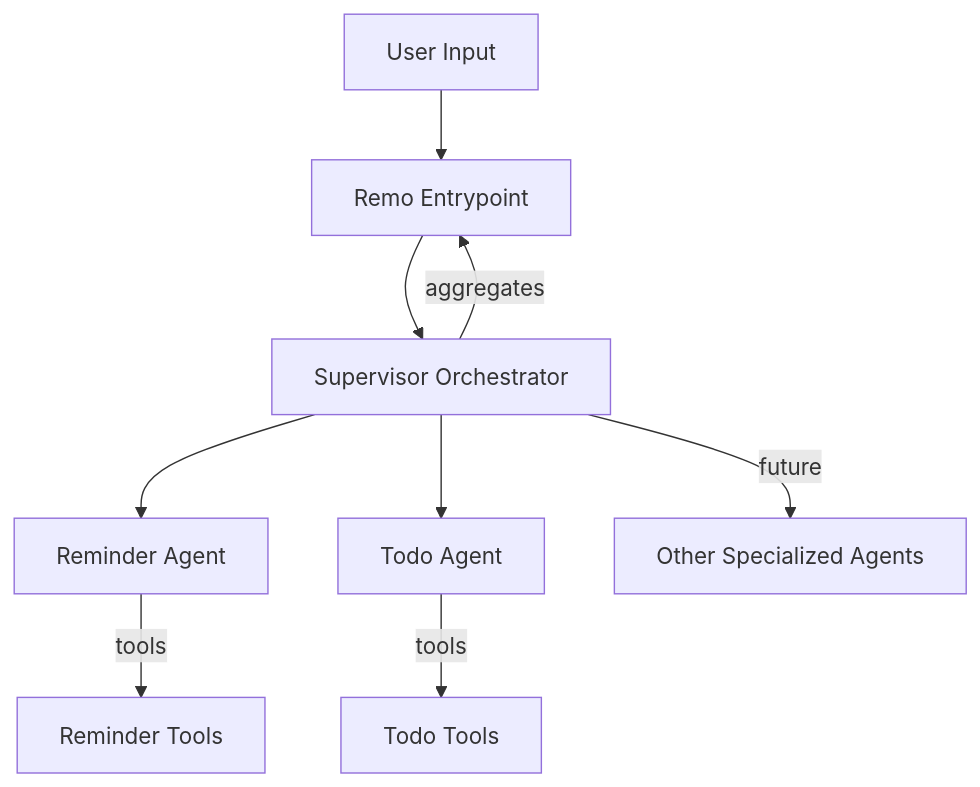
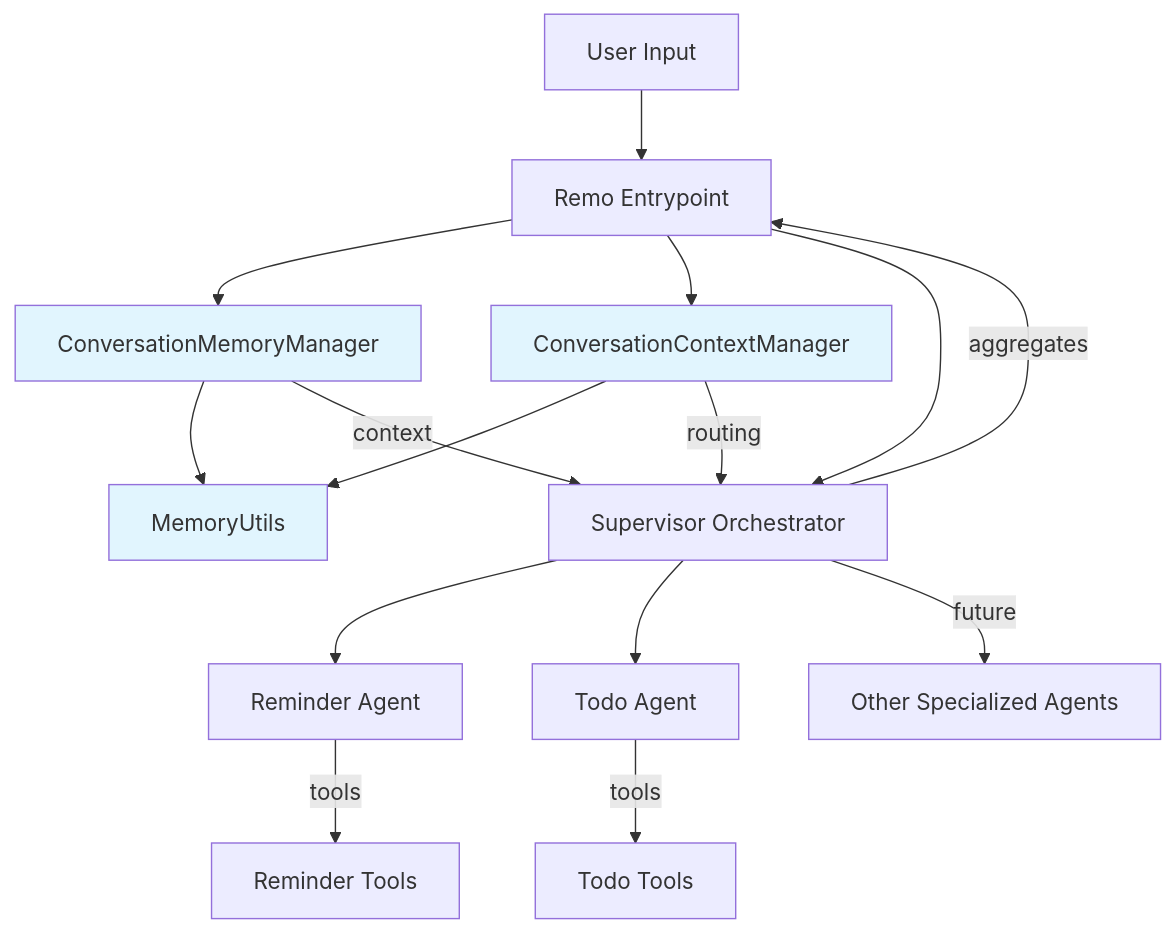
Before and after one commit to RemoAI-LLC/REMO-SERVER: the diagram in Developer guides/architecture_overview.md, drawn with Mermaid. The commit also changed other lines of this file and 24 other files, not shown here.

````diff
--- a/Developer guides/architecture_overview.md
+++ b/Developer guides/architecture_overview.md
@@ -28,11 +53,26 @@
 ```mermaid
 graph TD
     User["User Input"] --> Remo["Remo Entrypoint"]
+    Remo --> MemoryManager["ConversationMemoryManager"]
+    Remo --> ContextManager["ConversationContextManager"]
     Remo --> Supervisor["Supervisor Orchestrator"]
+
+    MemoryManager --> MemoryUtils["MemoryUtils"]
+    ContextManager --> MemoryUtils
+
     Supervisor --> ReminderAgent["Reminder Agent"]
     Supervisor --> TodoAgent["Todo Agent"]
+
     ReminderAgent -- tools --> ReminderTools["Reminder Tools"]
     TodoAgent -- tools --> TodoTools["Todo Tools"]
+
     Supervisor -->|future| OtherAgents["Other Specialized Agents"]
     Supervisor -->|aggregates| Remo
+
+    MemoryManager -->|context| Supervisor
+    ContextManager -->|routing| Supervisor
+
+    style MemoryManager fill:#e1f5fe
+    style ContextManager fill:#e1f5fe
+    style MemoryUtils fill:#e1f5fe
 ```
````
